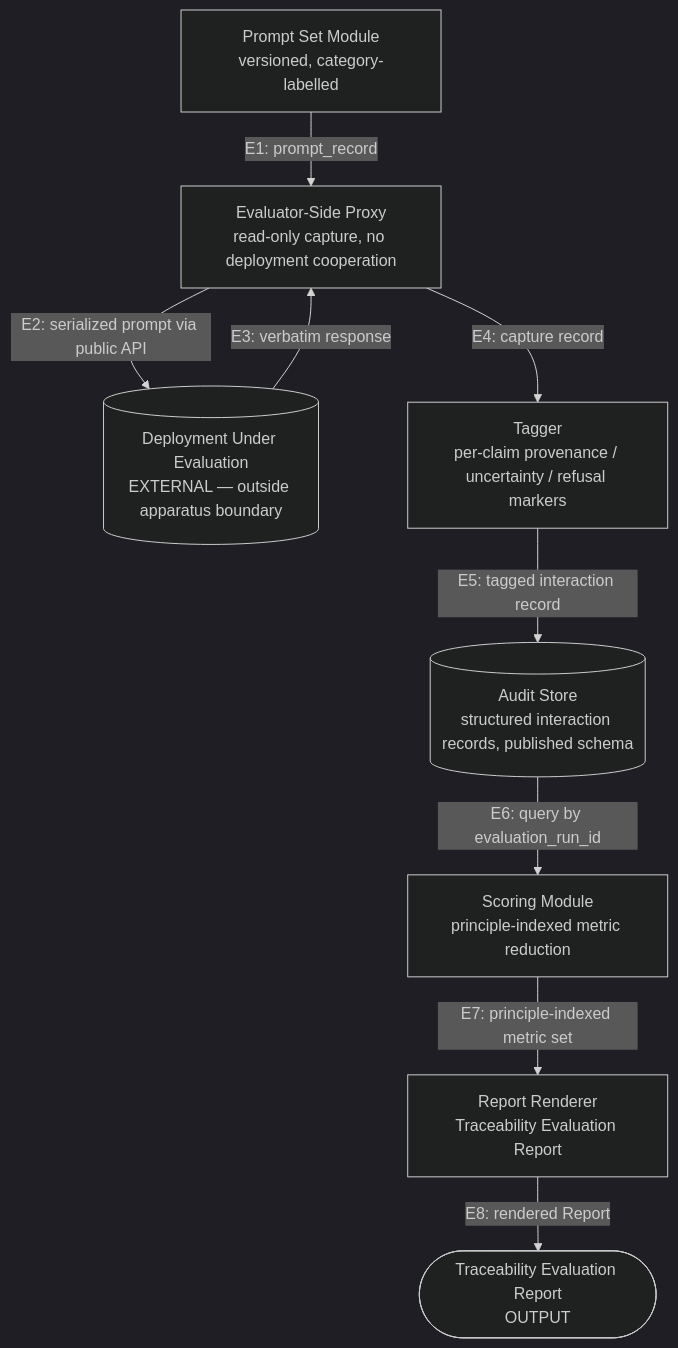
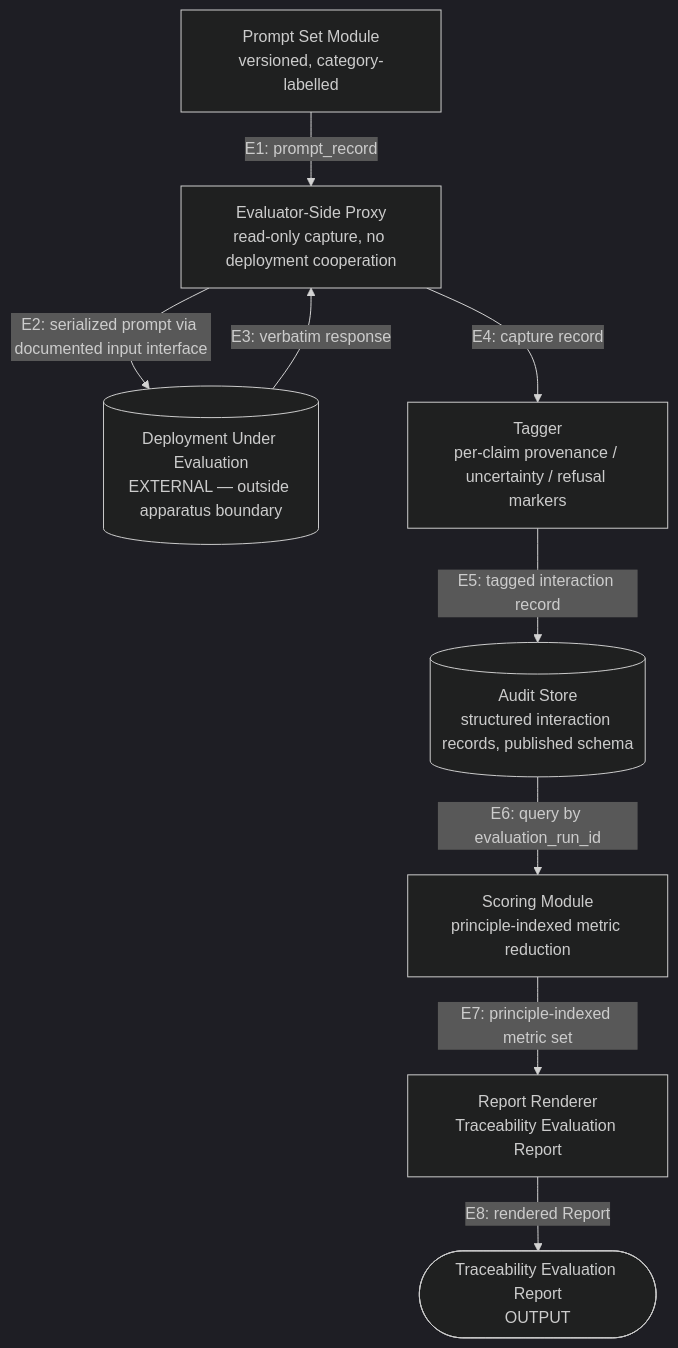
The first of 2 diagrams in docs/501c3/SUNDOG_APPARATUS_GRAPHS_v0.1_DRAFT.md (humiliati/sundog), drawn with Mermaid (dark theme) before and after one commit. The commit also changed other lines of this file and 9 other files, not shown here.

First line of the commit message:
Replace 'public API' with 'documented input interface'

````diff
--- a/docs/501c3/SUNDOG_APPARATUS_GRAPHS_v0.1_DRAFT.md
+++ b/docs/501c3/SUNDOG_APPARATUS_GRAPHS_v0.1_DRAFT.md
@@ -74,19 +74,19 @@
 ```mermaid
 flowchart TB
     PS["Prompt Set Module<br/>versioned, category-labelled"]
     P["Evaluator-Side Proxy<br/>read-only capture, no deployment cooperation"]
     D[("Deployment Under Evaluation<br/>EXTERNAL — outside apparatus boundary")]
     T["Tagger<br/>per-claim provenance / uncertainty / refusal markers"]
     AS[("Audit Store<br/>structured interaction records, published schema")]
     SC["Scoring Module<br/>principle-indexed metric reduction"]
     R["Report Renderer<br/>Traceability Evaluation Report"]
 
     PS -->|"E1: prompt_record"| P
-    P -->|"E2: serialized prompt via public API"| D
+    P -->|"E2: serialized prompt via documented input interface"| D
     D -->|"E3: verbatim response"| P
     P -->|"E4: capture record"| T
     T -->|"E5: tagged interaction record"| AS
     AS -->|"E6: query by evaluation_run_id"| SC
     SC -->|"E7: principle-indexed metric set"| R
     R -->|"E8: rendered Report"| OUT(["Traceability Evaluation Report<br/>OUTPUT"])
 ```
````
